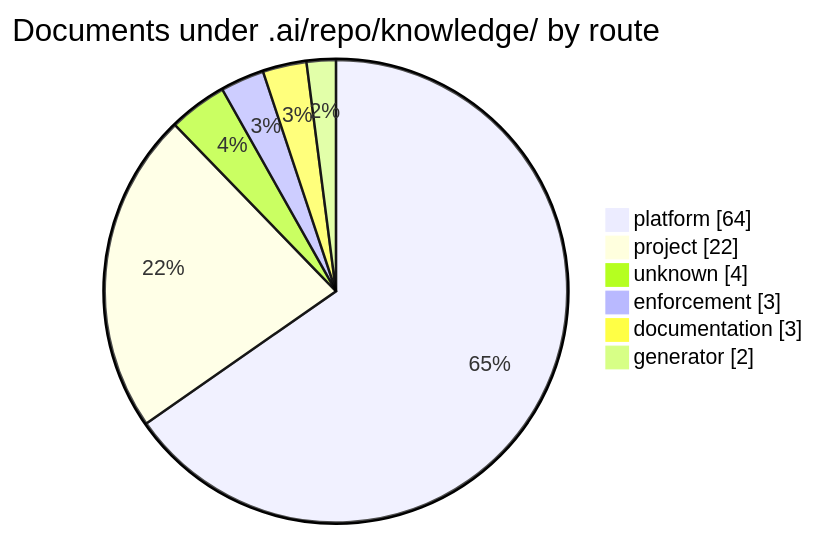
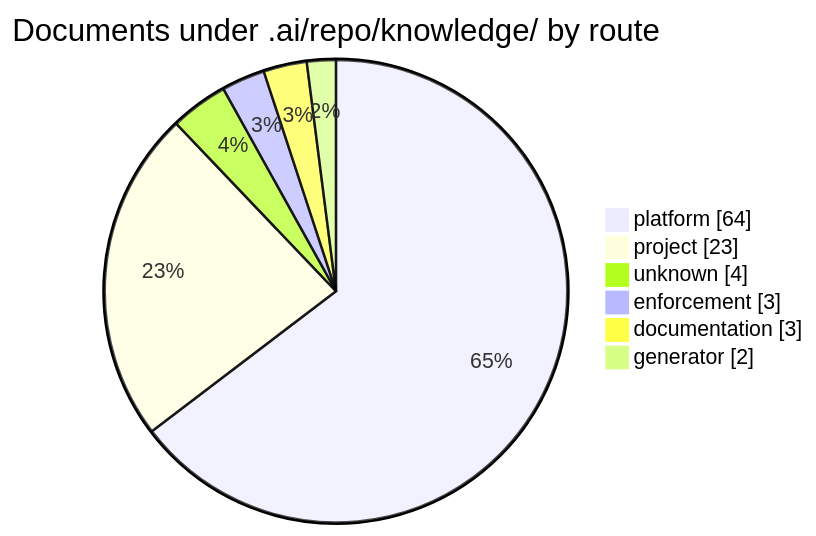
The second of 3 diagrams in .ai/repo/knowledge/README.md (korczis/OpenTTD), drawn with Mermaid before and after one commit. The commit also changed other lines of this file and 6 other files, not shown here.

````diff
--- a/.ai/repo/knowledge/README.md
+++ b/.ai/repo/knowledge/README.md
@@ -46,10 +46,10 @@
 ```mermaid
 pie showData title Documents under .ai/repo/knowledge/ by route
     %% links: README.md?col=Route&filter=platform#records-generated | README.md?col=Route&filter=project#records-generated | README.md?col=Route&filter=#records-generated | README.md?col=Route&filter=enforcement#records-generated | README.md?col=Route&filter=documentation#records-generated | README.md?col=Route&filter=generator#records-generated
     "platform" : 64
-    "project" : 22
+    "project" : 23
     "unknown" : 4
     "enforcement" : 3
     "documentation" : 3
     "generator" : 2
 ```
````
